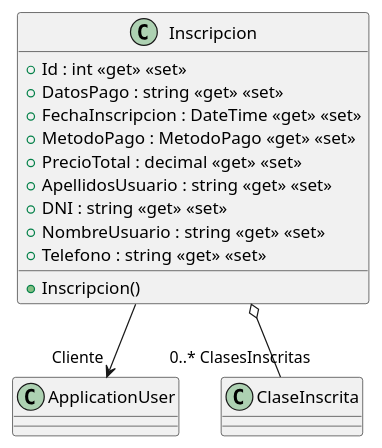
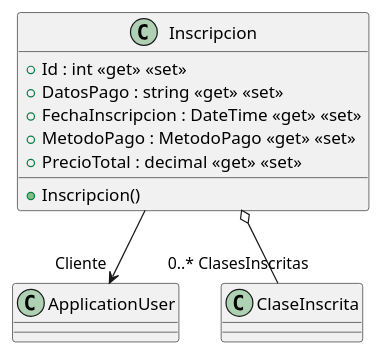
One commit to ISII2627IsmaelandCompany/-ISII2627IsmaelandCompany changed the diagram in src/AppForSEII.API/ClassDiagram/Inscripcion.puml. Above: the diagram before and after it, drawn with PlantUML. The commit also changed 1 other file, not shown here.

Commit message:
Arreglo diagrama inscripcion con atributos que no tocaban , que estan  cambiados  tambien  en su clase y eliminacion de archivo que me genero el comando del campus que no  sigue lo mismo que lo del github

```diff
--- a/src/AppForSEII.API/ClassDiagram/Inscripcion.puml
+++ b/src/AppForSEII.API/ClassDiagram/Inscripcion.puml
@@ -1,18 +1,14 @@
 @startuml
 class Inscripcion {
     + Id : int <<get>> <<set>>
     + DatosPago : string <<get>> <<set>>
     + FechaInscripcion : DateTime <<get>> <<set>>
     + MetodoPago : MetodoPago <<get>> <<set>>
     + PrecioTotal : decimal <<get>> <<set>>
-    + ApellidosUsuario : string <<get>> <<set>>
-    + DNI : string <<get>> <<set>>
-    + NombreUsuario : string <<get>> <<set>>
-    + Telefono : string <<get>> <<set>>
     + Inscripcion()
 }
 
 Inscripcion --> "Cliente" ApplicationUser
 Inscripcion o-- "0..* ClasesInscritas" ClaseInscrita
 
 @enduml
```
